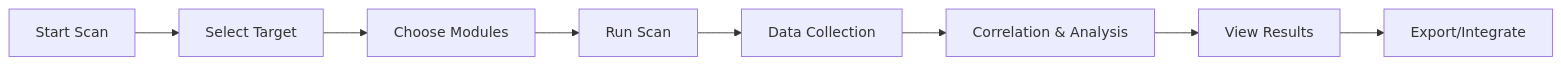
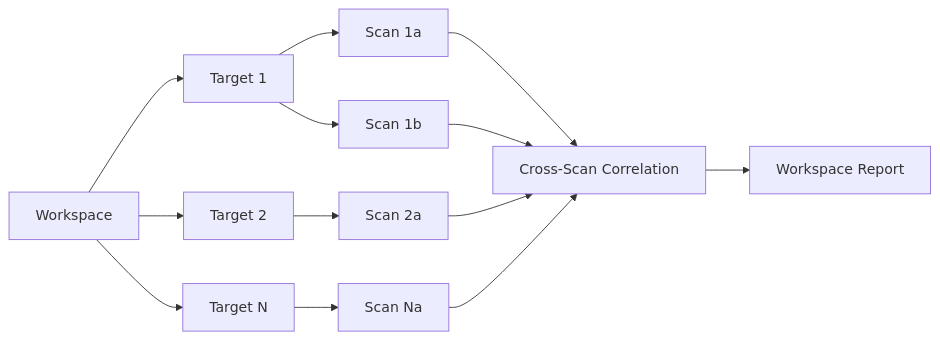
The first of 2 diagrams in README.md (0x31i/asm-ng), drawn with Mermaid before and after one commit. The commit also changed other lines of this file, not shown here.

````diff
--- a/README.md
+++ b/README.md
@@ -79,10 +70,15 @@
 ```mermaid
 graph LR;
-    A[Start Scan] --> B[Select Target];
-    B --> C[Choose Modules];
-    C --> D[Run Scan];
-    D --> E[Data Collection];
-    E --> F[Correlation & Analysis];
-    F --> G[View Results];
-    G --> H[Export/Integrate];
+    A[Workspace] --> B[Target 1];
+    A --> C[Target 2];
+    A --> D[Target N];
+    B --> E[Scan 1a];
+    B --> F[Scan 1b];
+    C --> G[Scan 2a];
+    D --> H[Scan Na];
+    E --> I[Cross-Scan Correlation];
+    F --> I;
+    G --> I;
+    H --> I;
+    I --> J[Workspace Report];
 ```
````
